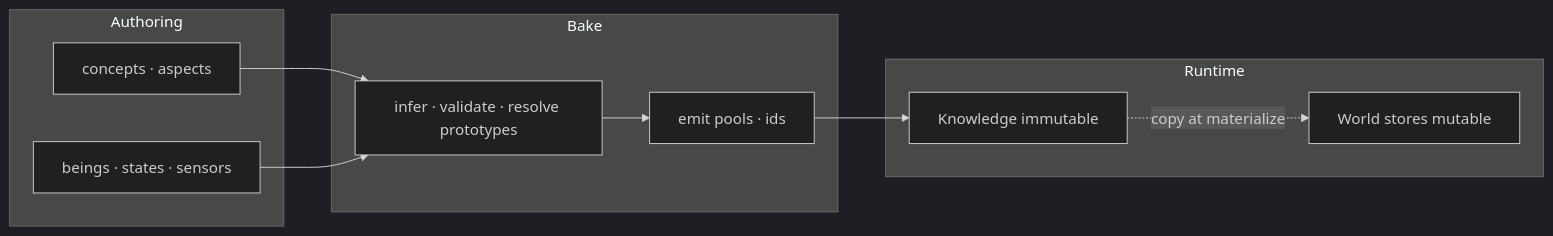
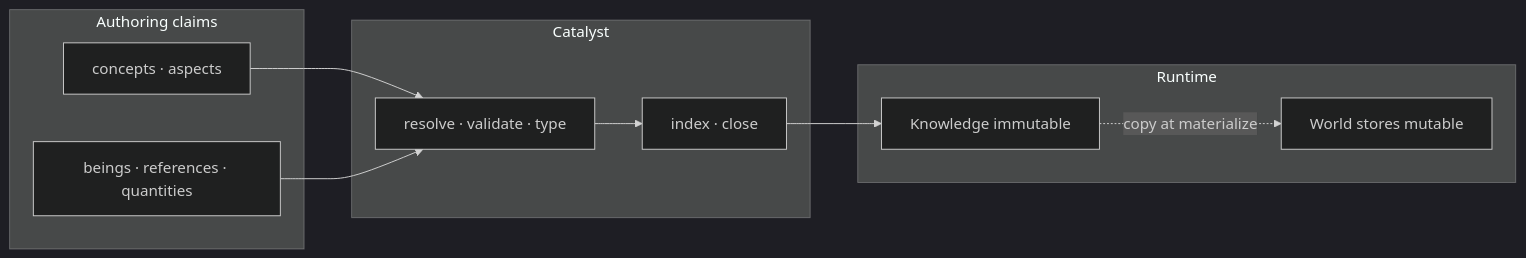
Before and after one commit to fm39hz/fm39hz-blogs: the fourth of 6 diagrams in src/content/articles/another-way-to-think-about-game-architecture.md, drawn with Mermaid (dark theme). The commit also changed other lines of this file and 1 other file, not shown here.

````diff
--- a/src/content/articles/another-way-to-think-about-game-architecture.md
+++ b/src/content/articles/another-way-to-think-about-game-architecture.md
@@ -215,23 +215,23 @@
 ```mermaid
 flowchart LR
-    subgraph Authoring
+    subgraph Authoring claims
         C["concepts · aspects"]
-        B["beings · states · sensors"]
+        B["beings · references · quantities"]
     end
 
-    subgraph Bake
-        I["infer · validate · resolve prototypes"]
-        E["emit pools · ids"]
+    subgraph Catalyst
+        I["resolve · validate · type"]
+        E["index · close"]
     end
 
     subgraph Runtime
         K["Knowledge immutable"]
         W["World stores mutable"]
     end
 
     C --> I
     B --> I
     I --> E
     E --> K
     K -.->|"copy at materialize"| W
 ```
````
